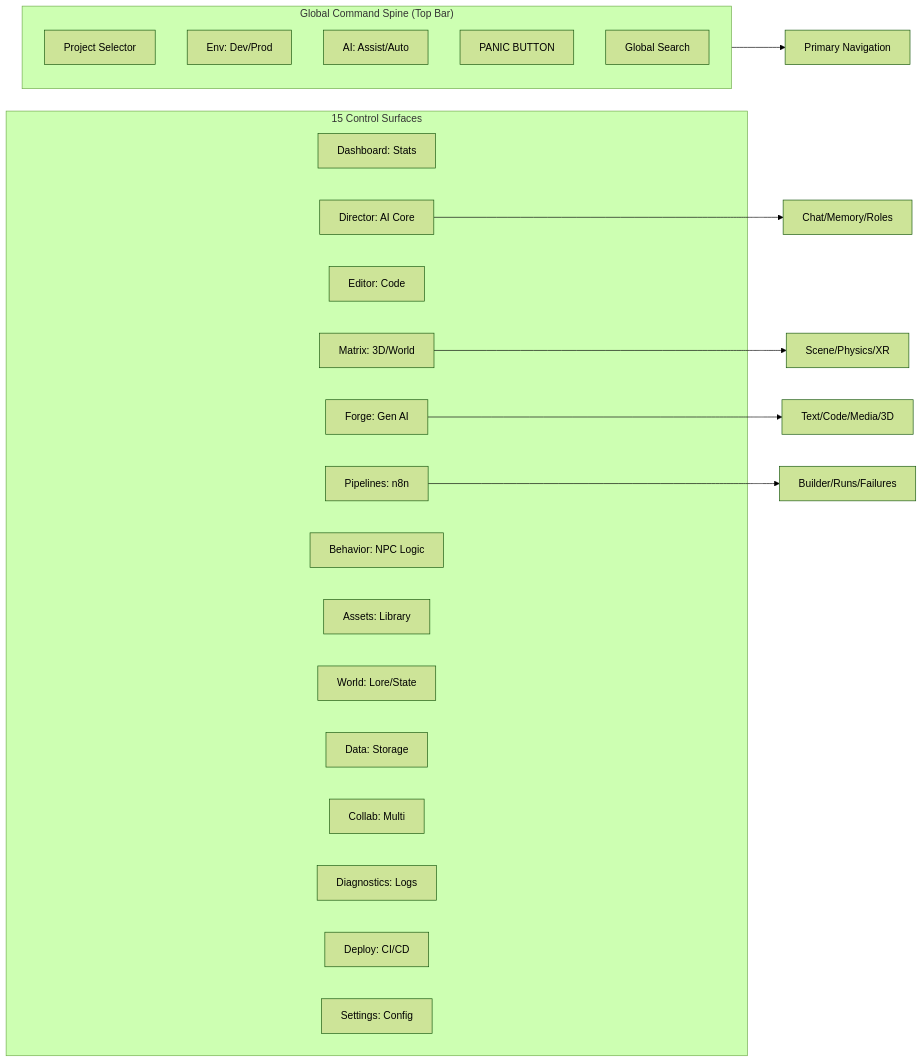
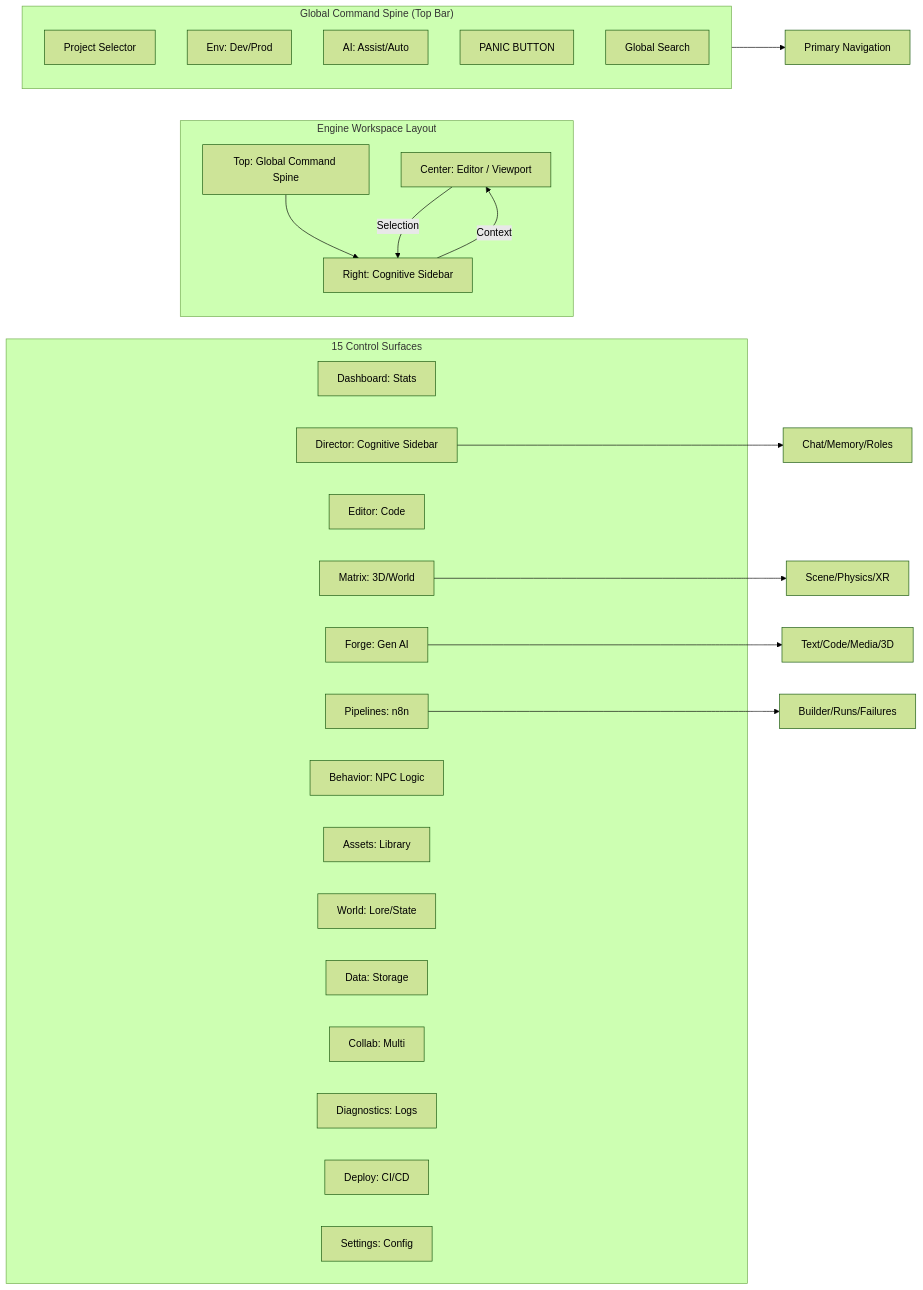
The fourth of 4 diagrams in architecture.md (Kbro1989/Willow-AI-Coding-Playground), drawn with Mermaid (forest theme) before and after one commit. The commit also changed other lines of this file and 113 other files, not shown here.

First line of the commit message:
Neural Engine Evolution: Assistant Representation, Omni-Presence, and Workspace Cleanup

````diff
--- a/architecture.md
+++ b/architecture.md
@@ -79,34 +80,44 @@
 ```mermaid
 graph LR
     subgraph Spine ["Global Command Spine (Top Bar)"]
         Proj[Project Selector]
         Env[Env: Dev/Prod]
         Mode[AI: Assist/Auto]
         Panic[PANIC BUTTON]
         Search[Global Search]
     end
 
     Spine --> Nav[Primary Navigation]
 
+    subgraph Layout ["Engine Workspace Layout"]
+        EDIT_PANEL[Center: Editor / Viewport]
+        AI_SIDEBAR[Right: Cognitive Sidebar]
+        SPINE[Top: Global Command Spine]
+    end
+
+    SPINE --> AI_SIDEBAR
+    AI_SIDEBAR -- Context --> EDIT_PANEL
+    EDIT_PANEL -- Selection --> AI_SIDEBAR
+
     subgraph NavGroups ["15 Control Surfaces"]
         DASH[Dashboard: Stats]
-        DIR[Director: AI Core]
+        DIR[Director: Cognitive Sidebar]
         EDIT[Editor: Code]
         MAT[Matrix: 3D/World]
         FORG[Forge: Gen AI]
         PIPE[Pipelines: n8n]
         BEH[Behavior: NPC Logic]
         ASST[Assets: Library]
         WRLD[World: Lore/State]
         DATA[Data: Storage]
         COLL[Collab: Multi]
         DIAG[Diagnostics: Logs]
         DEPL[Deploy: CI/CD]
         SET[Settings: Config]
     end
 
     DIR --> DIR_SUB[Chat/Memory/Roles]
     FORG --> FORG_SUB[Text/Code/Media/3D]
     MAT --> MAT_SUB[Scene/Physics/XR]
     PIPE --> PIPE_SUB[Builder/Runs/Failures]
 ```
````
